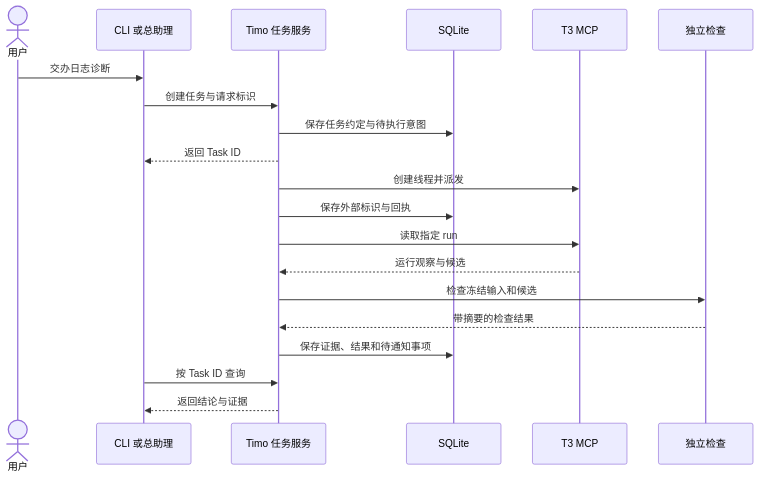
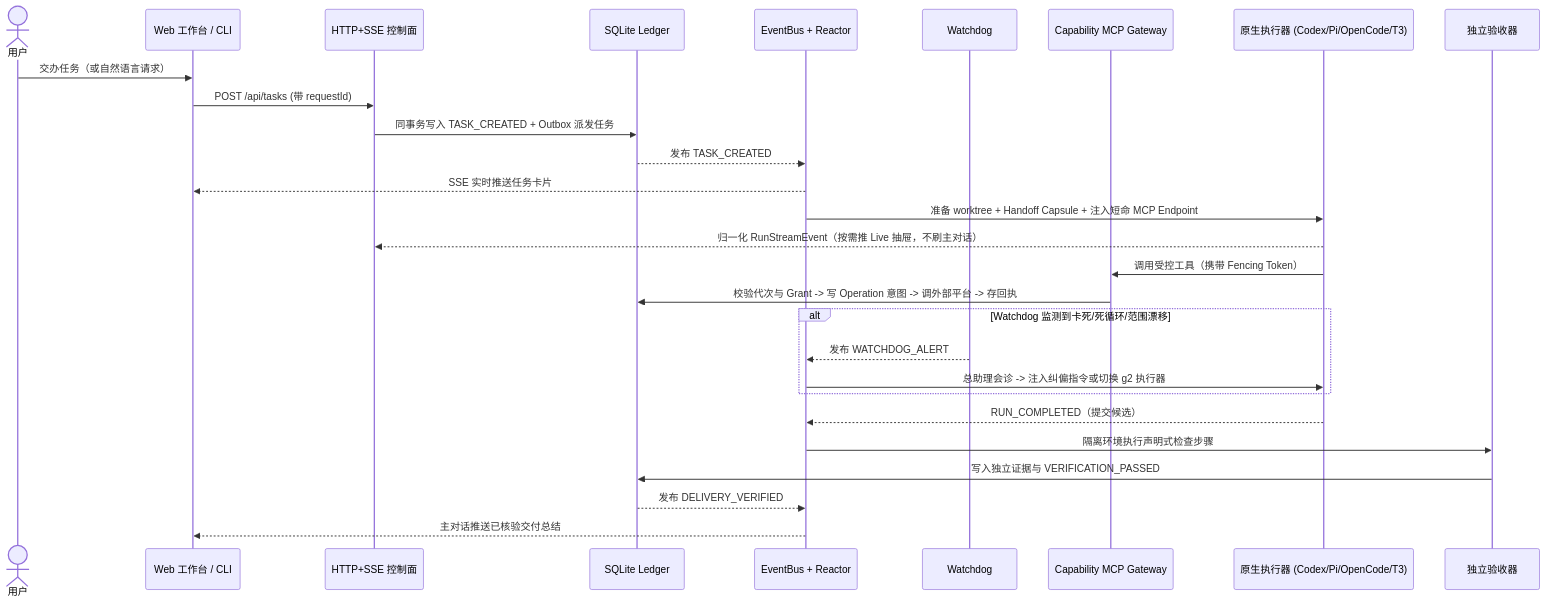
Before and after one commit to chiga0/timo: the diagram in docs/technical-design.md, drawn with Mermaid. The commit also changed other lines of this file and 9 other files, not shown here.

````diff
--- a/docs/technical-design.md
+++ b/docs/technical-design.md
@@ -32,22 +34,31 @@
 ```mermaid
 sequenceDiagram
     actor User as 用户
-    participant CLI as CLI 或总助理
-    participant Timo as Timo 任务服务
-    participant DB as SQLite
-    participant T3 as T3 MCP
-    participant Verify as 独立检查
-    User->>CLI: 交办日志诊断
-    CLI->>Timo: 创建任务与请求标识
-    Timo->>DB: 保存任务约定与待执行意图
-    Timo-->>CLI: 返回 Task ID
-    Timo->>T3: 创建线程并派发
-    Timo->>DB: 保存外部标识与回执
-    Timo->>T3: 读取指定 run
-    T3-->>Timo: 运行观察与候选
-    Timo->>Verify: 检查冻结输入和候选
-    Verify-->>Timo: 带摘要的检查结果
-    Timo->>DB: 保存证据、结果和待通知事项
-    CLI->>Timo: 按 Task ID 查询
-    Timo-->>CLI: 返回结论与证据
+    participant Web as Web 工作台 / CLI
+    participant API as HTTP+SSE 控制面
+    participant DB as SQLite Ledger
+    participant Bus as EventBus + Reactor
+    participant WD as Watchdog
+    participant GW as Capability MCP Gateway
+    participant Worker as 原生执行器 (Codex/Pi/OpenCode/T3)
+    participant Verify as 独立验收器
+
+    User->>Web: 交办任务（或自然语言请求）
+    Web->>API: POST /api/tasks (带 requestId)
+    API->>DB: 同事务写入 TASK_CREATED + Outbox 派发任务
+    DB-->>Bus: 发布 TASK_CREATED
+    Bus-->>Web: SSE 实时推送任务卡片
+    Bus->>Worker: 准备 worktree + Handoff Capsule + 注入短命 MCP Endpoint
+    Worker-->>API: 归一化 RunStreamEvent（按需推 Live 抽屉，不刷主对话）
+    Worker->>GW: 调用受控工具（携带 Fencing Token）
+    GW->>DB: 校验代次与 Grant -> 写 Operation 意图 -> 调外部平台 -> 存回执
+    alt Watchdog 监测到卡死/死循环/范围漂移
+        WD-->>Bus: 发布 WATCHDOG_ALERT
+        Bus->>Worker: 总助理会诊 -> 注入纠偏指令或切换 g2 执行器
+    end
+    Worker-->>Bus: RUN_COMPLETED（提交候选）
+    Bus->>Verify: 隔离环境执行声明式检查步骤
+    Verify->>DB: 写入独立证据与 VERIFICATION_PASSED
+    DB-->>Bus: 发布 DELIVERY_VERIFIED
+    Bus-->>Web: 主对话推送已核验交付总结
 ```
````
